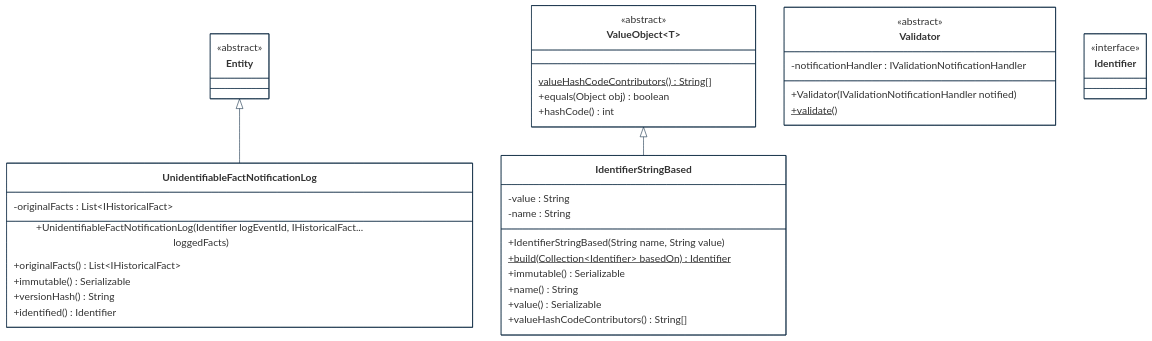
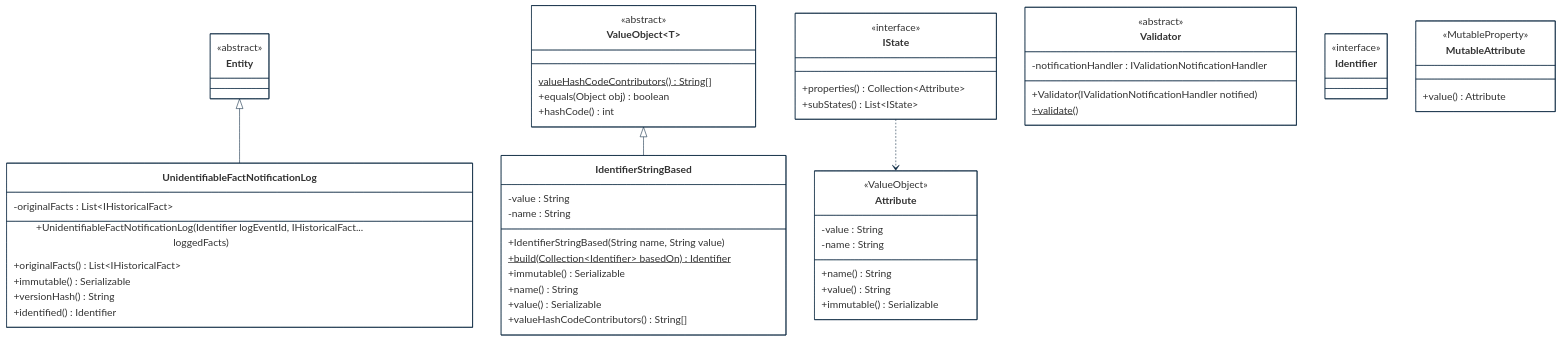
One commit to cybnity/foundation changed the third of 3 diagrams in implementations-line/framework/domain/designview-structure-models.md. Above: the diagram before and after it, drawn with Mermaid. The commit also changed other lines of this file and 85 other files, not shown here.

````diff
--- a/implementations-line/framework/domain/designview-structure-models.md
+++ b/implementations-line/framework/domain/designview-structure-models.md
@@ -185,60 +185,78 @@
 ```mermaid
 %%{
   init: {
     'theme': 'base',
     'themeVariables': {
         'background': '#ffffff',
         'fontFamily': 'arial',
         'fontSize': '18px',
         'primaryColor': '#fff',
         'primaryBorderColor': '#0e2a43',
         'secondaryBorderColor': '#0e2a43',
         'tertiaryBorderColor': '#0e2a43',
         'edgeLabelBackground':'#0e2a43',
         'lineColor': '#0e2a43',
         'tertiaryColor': '#fff'
     }
   }
 }%%
 classDiagram
     Entity <|-- UnidentifiableFactNotificationLog
     ValueObject~T~ <|-- IdentifierStringBased
+	IState ..> Attribute
 
     class UnidentifiableFactNotificationLog {
         -originalFacts : List~IHistoricalFact~
         +UnidentifiableFactNotificationLog(Identifier logEventId, IHistoricalFact... loggedFacts)
         +originalFacts() List~IHistoricalFact~
         +immutable() Serializable
         +versionHash() String
         +identified() Identifier
     }
     class Entity {
         <<abstract>>
     }
     class Validator {
         <<abstract>>
         -notificationHandler : IValidationNotificationHandler
         +Validator(IValidationNotificationHandler notified)
         +validate()$
     }
     class Identifier {
         <<interface>>
     }
     class IdentifierStringBased {
         -value : String
         -name : String
         +IdentifierStringBased(String name, String value)
         +build(Collection~Identifier~ basedOn)$ Identifier
         +immutable() Serializable
         +name() String
         +value() Serializable
         +valueHashCodeContributors() String[]
     }
     class ValueObject~T~ {
         <<abstract>>
         valueHashCodeContributors()$ String[]
         +equals(Object obj) boolean
         +hashCode() int
     }
+	class Attribute {
+		<<ValueObject>>
+		-value : String
+		-name : String
+		+name() String
+		+value() String
+		+immutable() Serializable
+	}
+	class IState {
+		<<interface>>
+		+properties() Collection~Attribute~
+		+subStates() List~IState~
+	}
+	class MutableAttribute {
+        <<MutableProperty>>
+        +value() Attribute
+	}
 
 ```
````
